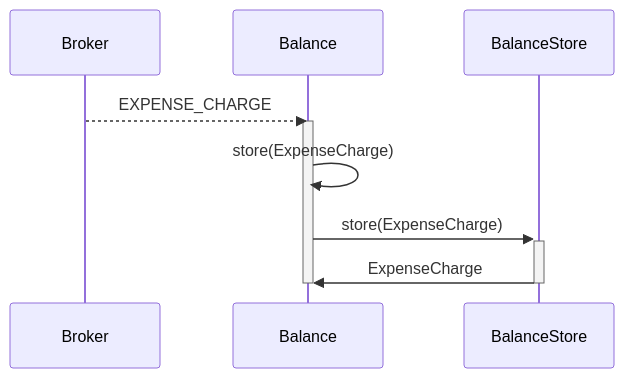
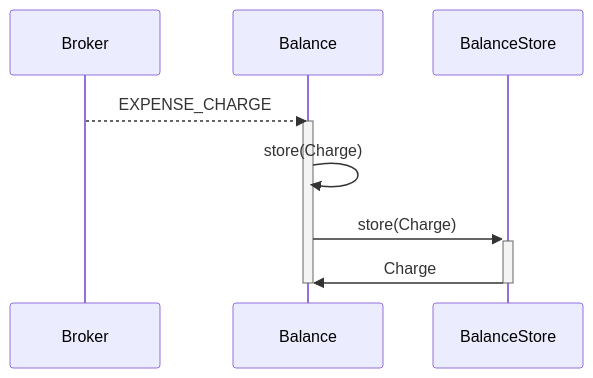
One commit to Cirius1792/expense-app-v3 changed the second of 4 diagrams in README.md. Above: the diagram before and after it, drawn with Mermaid. The commit also changed other lines of this file and 137 other files, not shown here.

````diff
--- a/README.md
+++ b/README.md
@@ -20,9 +50,9 @@
 ```mermaid
 sequenceDiagram
     Broker -->> Balance: EXPENSE_CHARGE
     activate Balance
-    Balance ->> Balance: store(ExpenseCharge)
-    Balance ->>+ BalanceStore: store(ExpenseCharge)
-    BalanceStore ->>- Balance: ExpenseCharge
+    Balance ->> Balance: store(Charge)
+    Balance ->>+ BalanceStore: store(Charge)
+    BalanceStore ->>- Balance: Charge
     deactivate Balance
 ```
````
